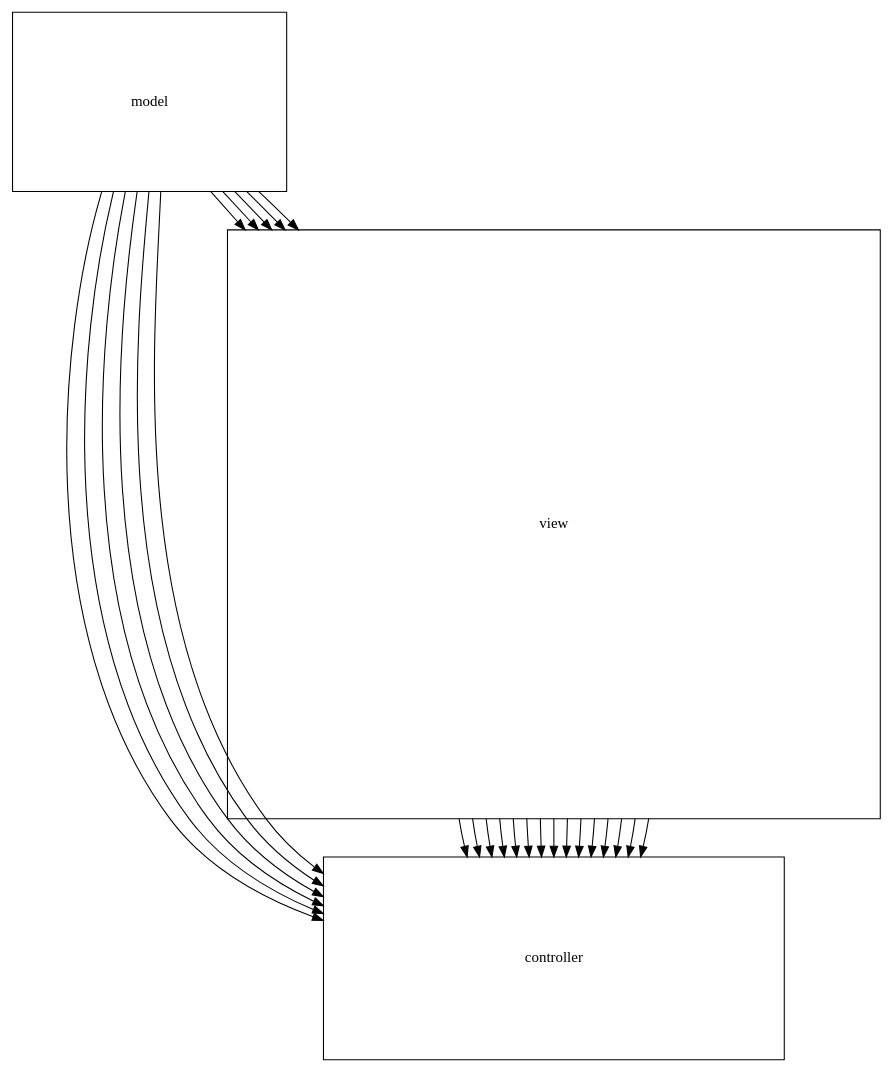
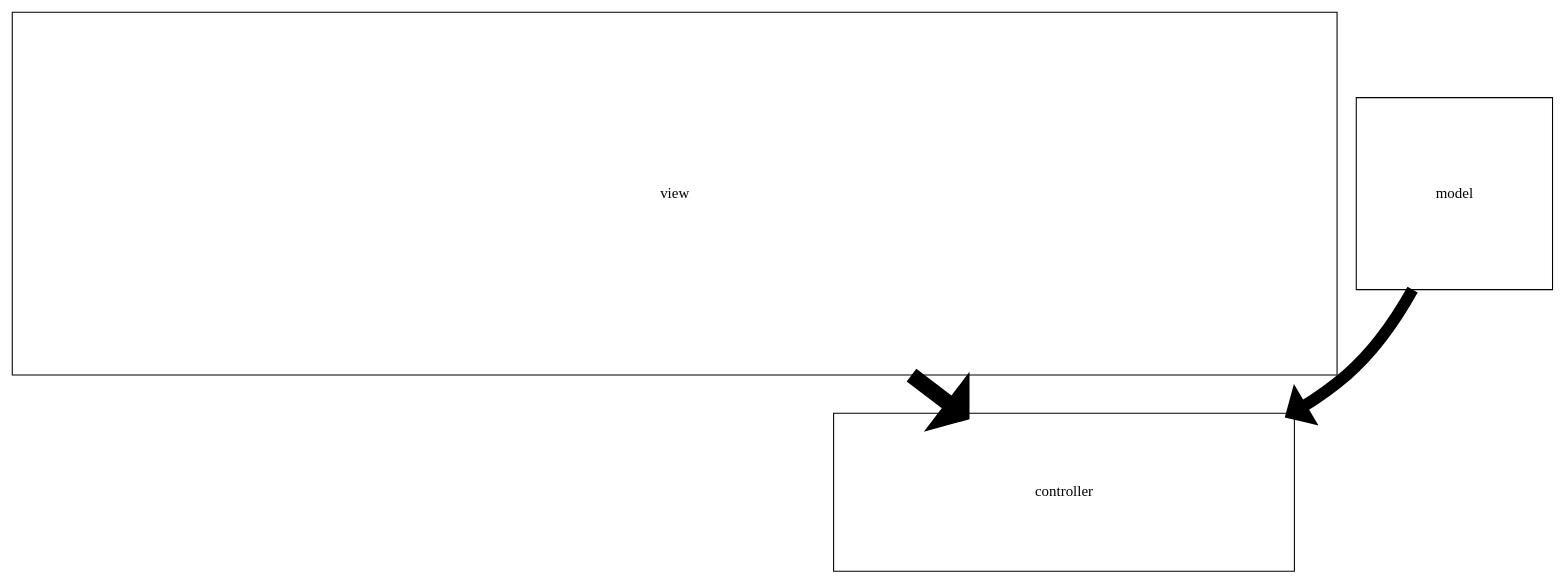
The diagram in protected/runtime/temp.dot (stefanrinderle/SoftViz3D), drawn with Graphviz before and after one commit. The commit also changed 7 other files, not shown here.

```diff
--- a/protected/runtime/temp.dot
+++ b/protected/runtime/temp.dot
@@ -1,31 +1,7 @@
 digraph G {
-    controller [ shape=rectangle,width=6,height=2.63888888889,fixedsize=true,type="node" ];
-    view [ shape=rectangle,width=8.5,height=7.66666666667,fixedsize=true,type="node" ];
-    model [ shape=rectangle,width=3.56430555556,height=2.33333333333,fixedsize=true,type="node" ];
-    view -> controller;
-    view -> controller;
-    view -> controller;
-    view -> controller;
-    view -> controller;
-    view -> controller;
-    view -> controller;
-    view -> controller;
-    view -> controller;
-    view -> controller;
-    view -> controller;
-    view -> controller;
-    view -> controller;
-    view -> controller;
-    view -> controller;
-    model -> controller;
-    model -> controller;
-    model -> controller;
-    model -> controller;
-    model -> controller;
-    model -> controller;
-    model -> view;
-    model -> view;
-    model -> view;
-    model -> view;
-    model -> view;
+    controller [ shape=rectangle,width=6,height=2.05555555556,fixedsize=true,type="node" ];
+    view [ shape=rectangle,width=17.25,height=4.72222222222,fixedsize=true,type="node" ];
+    model [ shape=rectangle,width=2.55555555556,height=2.5,fixedsize=true,type="node" ];
+    view -> controller [ style="setlinewidth(15)",weight="setlinewidth(0.15)" ];
+    model -> controller [ style="setlinewidth(11)",weight="setlinewidth(0.11)" ];
 }
```
